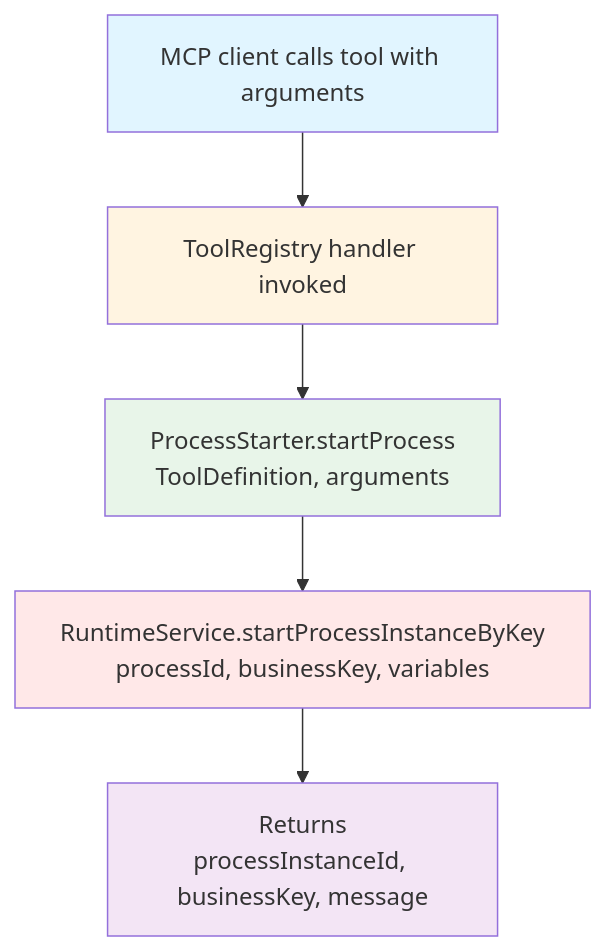
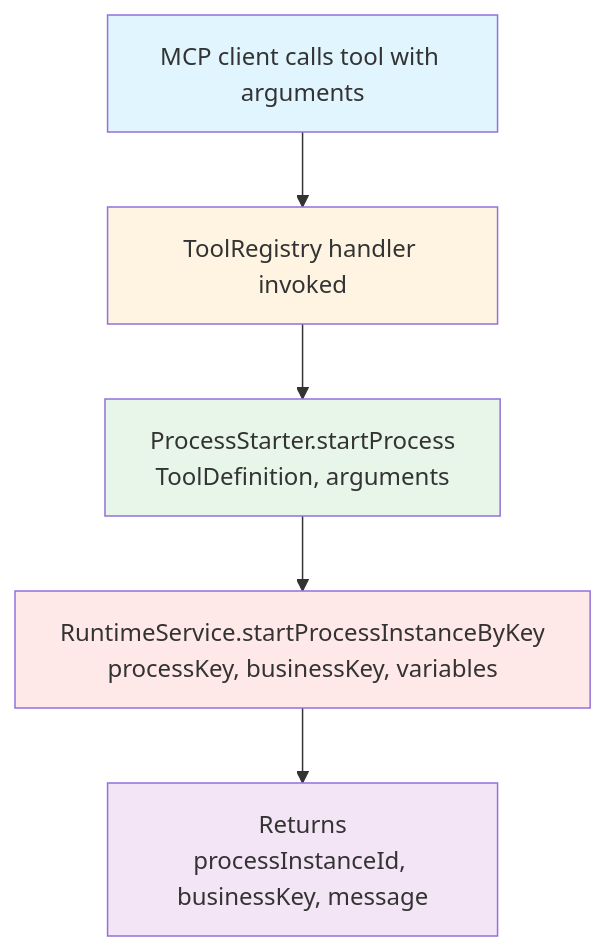
One commit to finos/fluxnova-plugins changed the third of 3 diagrams in agentic/mcp-process-start-event/README.md. Above: the diagram before and after it, drawn with Mermaid. The commit also changed 24 other files, not shown here.

````diff
--- a/agentic/mcp-process-start-event/README.md
+++ b/agentic/mcp-process-start-event/README.md
@@ -216,13 +216,13 @@
 ```mermaid
 flowchart TD
     A[MCP client calls tool with arguments] --> B[ToolRegistry handler invoked]
     B --> C[ProcessStarter.startProcess<br/>ToolDefinition, arguments]
-    C --> D[RuntimeService.startProcessInstanceByKey<br/>processId, businessKey, variables]
+    C --> D[RuntimeService.startProcessInstanceByKey<br/>processKey, businessKey, variables]
     D --> E[Returns<br/>processInstanceId, businessKey, message]
     
     style A fill:#e1f5ff
     style B fill:#fff4e1
     style C fill:#e8f5e9
     style D fill:#ffe8e8
     style E fill:#f3e5f5
 ```
````
